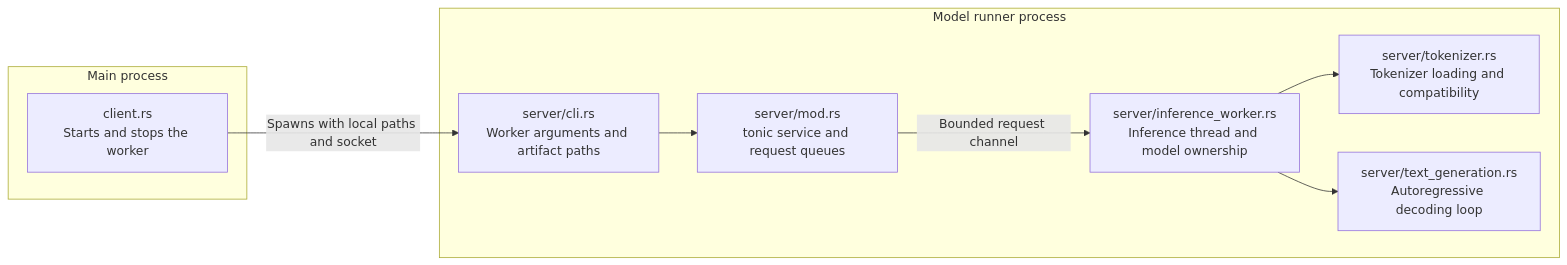
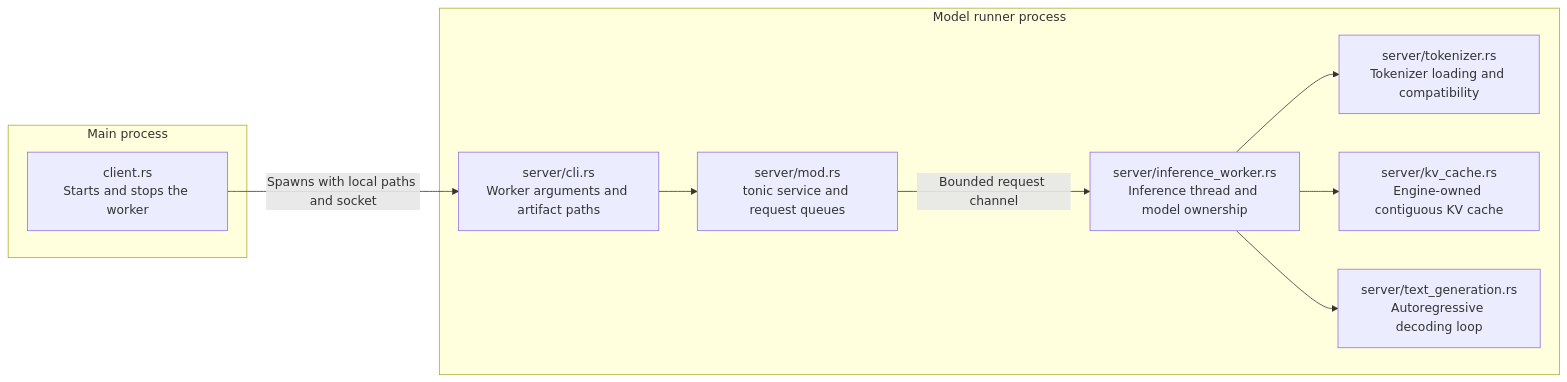
The first of 2 diagrams in src/model_runner/README.md (lun0522/mini-vllm-rs), drawn with Mermaid before and after one commit. The commit also changed other lines of this file and 14 other files, not shown here.

````diff
--- a/src/model_runner/README.md
+++ b/src/model_runner/README.md
@@ -6,20 +6,22 @@
 ```mermaid
 flowchart LR
     subgraph Main[Main process]
         Client["client.rs<br/>Starts and stops the worker"]
     end
 
     subgraph Worker[Model runner process]
         Server["server/mod.rs<br/>tonic service and request queues"]
         Cli["server/cli.rs<br/>Worker arguments and artifact paths"]
         Tokenizer["server/tokenizer.rs<br/>Tokenizer loading and compatibility"]
+        KvCache["server/kv_cache.rs<br/>Engine-owned contiguous KV cache"]
         InferenceWorker["server/inference_worker.rs<br/>Inference thread and model ownership"]
         TextGeneration["server/text_generation.rs<br/>Autoregressive decoding loop"]
     end
 
     Client -->|"Spawns with local paths and socket"| Cli
     Cli --> Server
     InferenceWorker --> Tokenizer
+    InferenceWorker --> KvCache
     Server -->|"Bounded request channel"| InferenceWorker
     InferenceWorker --> TextGeneration
 ```
````
